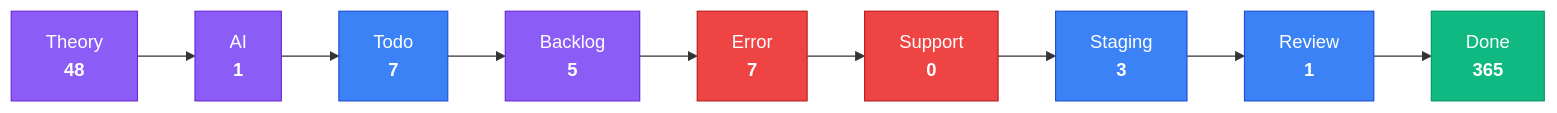
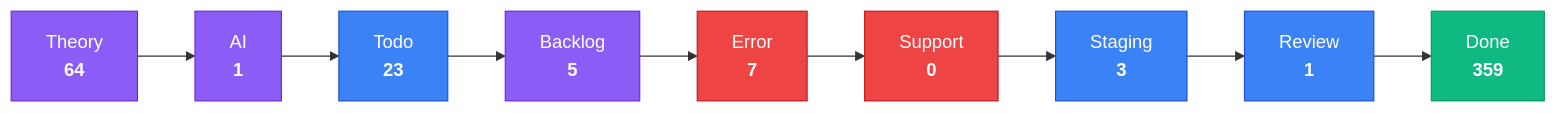
The third of 4 diagrams in apps/kbve/astro-kbve/src/content/docs/dashboard/kanban-data.mdx (KBVE/kbve), drawn with Mermaid before and after one commit. The commit also changed other lines of this file and 8 other files, not shown here.

````diff
--- a/apps/kbve/astro-kbve/src/content/docs/dashboard/kanban-data.mdx
+++ b/apps/kbve/astro-kbve/src/content/docs/dashboard/kanban-data.mdx
@@ -80,28 +80,28 @@
 ```mermaid
 flowchart LR
     classDef planning fill:#8b5cf6,stroke:#6d28d9,color:#fff
     classDef active fill:#3b82f6,stroke:#1d4ed8,color:#fff
     classDef blocked fill:#ef4444,stroke:#b91c1c,color:#fff
     classDef done fill:#10b981,stroke:#059669,color:#fff
-    Theory["Theory<br/><strong>48</strong>"]
+    Theory["Theory<br/><strong>64</strong>"]
     Theory --> AI
     AI["AI<br/><strong>1</strong>"]
     AI --> Todo
-    Todo["Todo<br/><strong>7</strong>"]
+    Todo["Todo<br/><strong>23</strong>"]
     Todo --> Backlog
     Backlog["Backlog<br/><strong>5</strong>"]
     Backlog --> Error
     Error["Error<br/><strong>7</strong>"]
     Error --> Support
     Support["Support<br/><strong>0</strong>"]
     Support --> Staging
     Staging["Staging<br/><strong>3</strong>"]
     Staging --> Review
     Review["Review<br/><strong>1</strong>"]
     Review --> Done
-    Done["Done<br/><strong>365</strong>"]
+    Done["Done<br/><strong>359</strong>"]
     class Theory,AI,Backlog planning
     class Todo,Staging,Review active
     class Error,Support blocked
     class Done done
 ```
````
